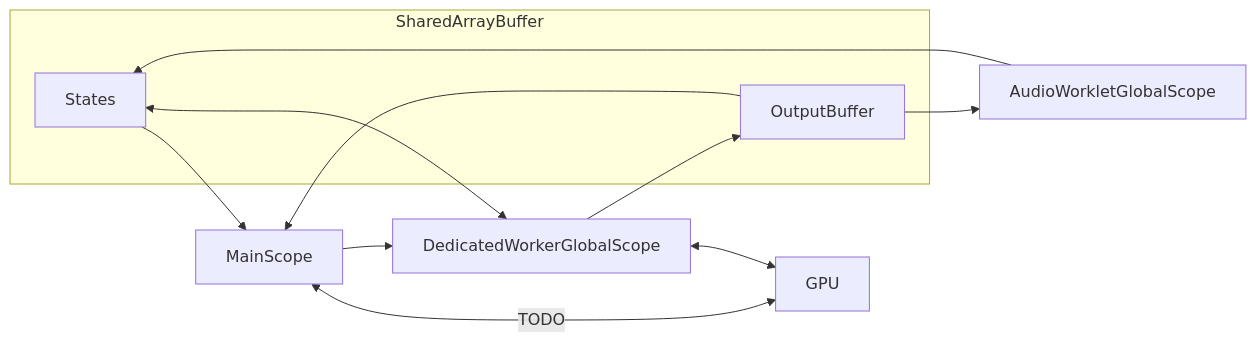
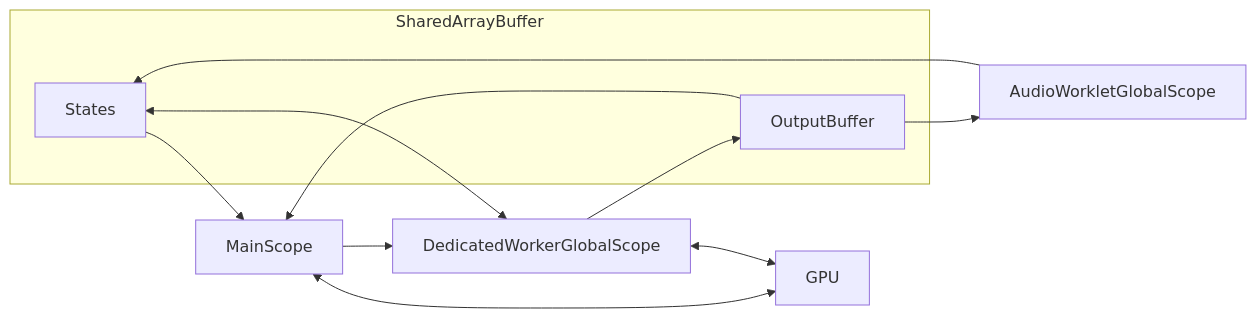
One commit to intsuc/webgpu-synth changed the diagram in README.md. Above: the diagram before and after it, drawn with Mermaid. The commit also changed 3 other files, not shown here.

````diff
--- a/README.md
+++ b/README.md
@@ -5,19 +5,19 @@
 ```mermaid
 flowchart LR
   subgraph SharedArrayBuffer
     States
     OutputBuffer
   end
 
   MainScope --> DedicatedWorkerGlobalScope
   States --> MainScope
   OutputBuffer --> MainScope
-  MainScope <-- TODO --> GPU
+  MainScope <--> GPU
 
   DedicatedWorkerGlobalScope --> OutputBuffer
   DedicatedWorkerGlobalScope <--> States
   DedicatedWorkerGlobalScope <--> GPU
 
   AudioWorkletGlobalScope --> States
   OutputBuffer --> AudioWorkletGlobalScope
 ```
````
